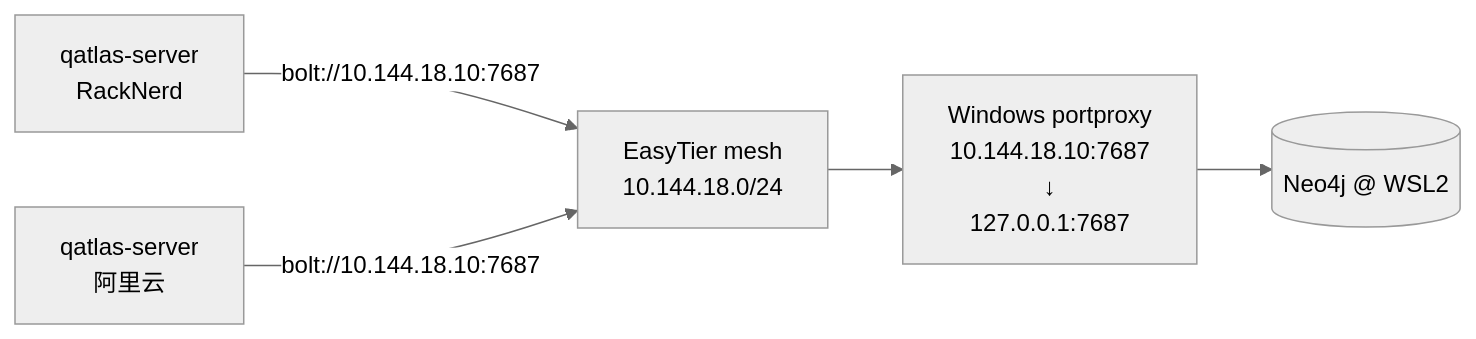
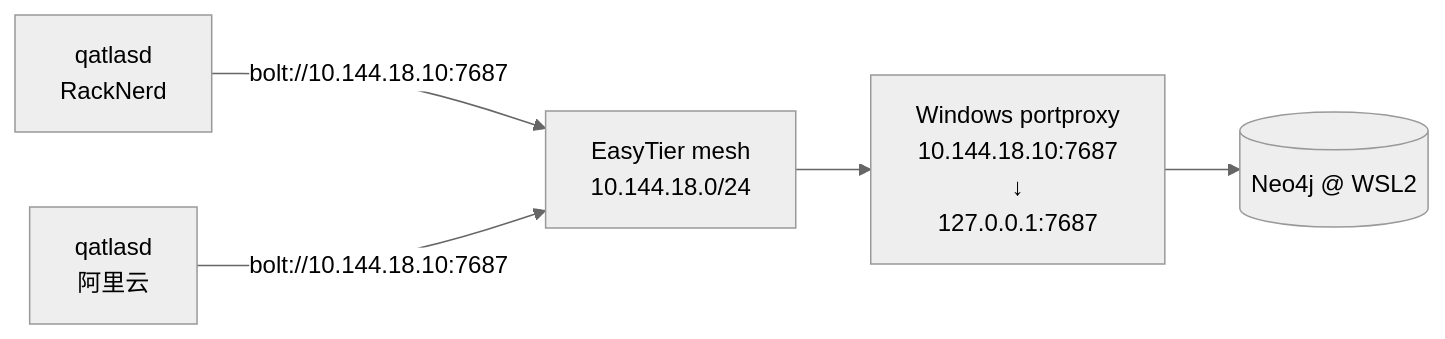
One commit to IAI-USTC-Quantum/QuantumAtlas changed the diagram in docs/deployment/neo4j.md. Above: the diagram before and after it, drawn with Mermaid (neutral theme). The commit also changed other lines of this file and 67 other files, not shown here.

First line of the commit message:
feat!: rename server binary qatlas-server → qatlasd

````diff
--- a/docs/deployment/neo4j.md
+++ b/docs/deployment/neo4j.md
@@ -82,7 +82,7 @@
 ```mermaid
 flowchart LR
-    QA_RN[qatlas-server<br/>RackNerd] -->|bolt://10.144.18.10:7687| MESH
-    QA_AL[qatlas-server<br/>阿里云] -->|bolt://10.144.18.10:7687| MESH
+    QA_RN[qatlasd<br/>RackNerd] -->|bolt://10.144.18.10:7687| MESH
+    QA_AL[qatlasd<br/>阿里云] -->|bolt://10.144.18.10:7687| MESH
     MESH[EasyTier mesh<br/>10.144.18.0/24] --> PROXY[Windows portproxy<br/>10.144.18.10:7687<br/>↓<br/>127.0.0.1:7687]
     PROXY --> NEO4J[(Neo4j @ WSL2)]
 ```
````
